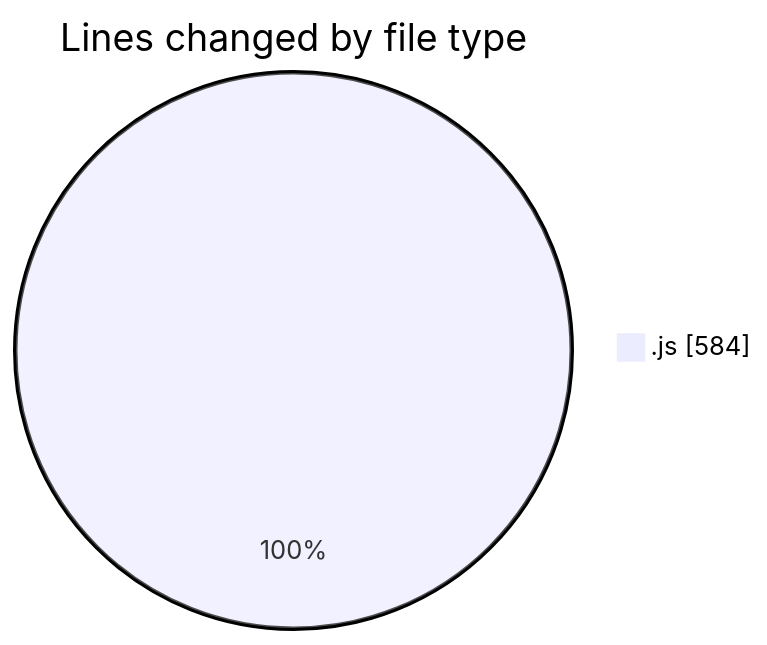
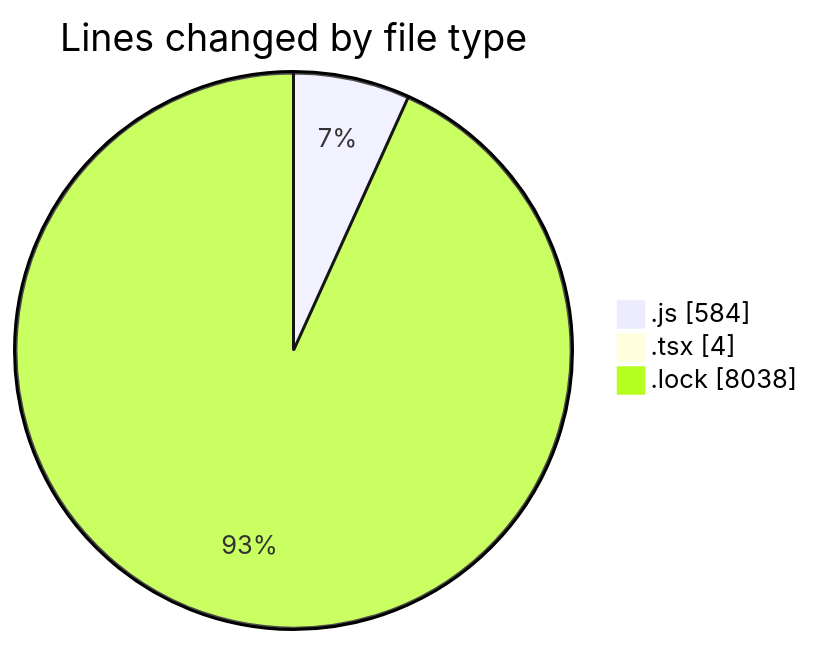
The first of 2 diagrams in 2025-03-11/cda/README.md (momahboobian/code-tracking), drawn with Mermaid before and after one commit. The commit also changed other lines of this file and 1 other file, not shown here.

````diff
--- a/2025-03-11/cda/README.md
+++ b/2025-03-11/cda/README.md
@@ -28,5 +30,7 @@
 ```mermaid
 pie showData
 title Lines changed by file type
 ".js" : 584
+".tsx" : 4
+".lock" : 8038
 ```
````
